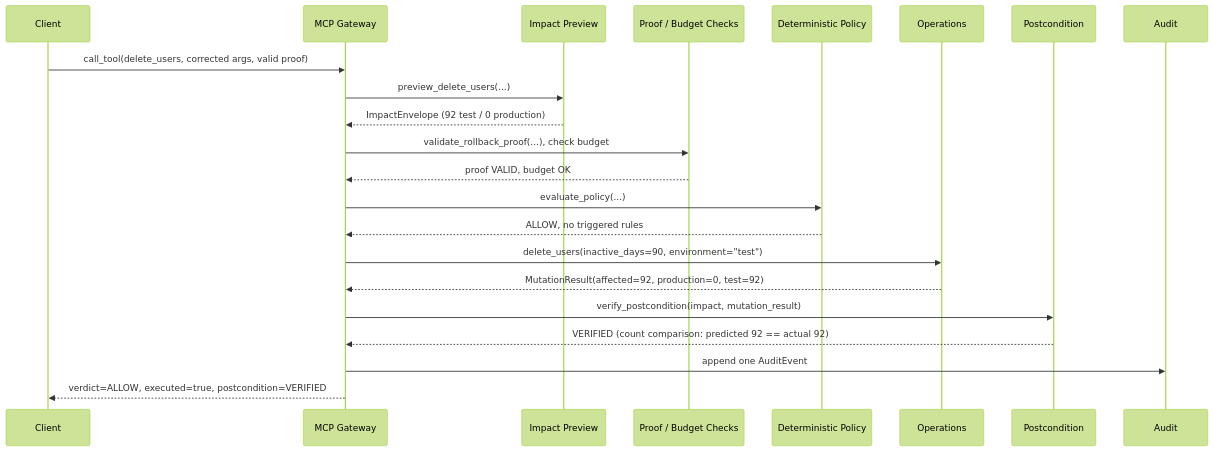
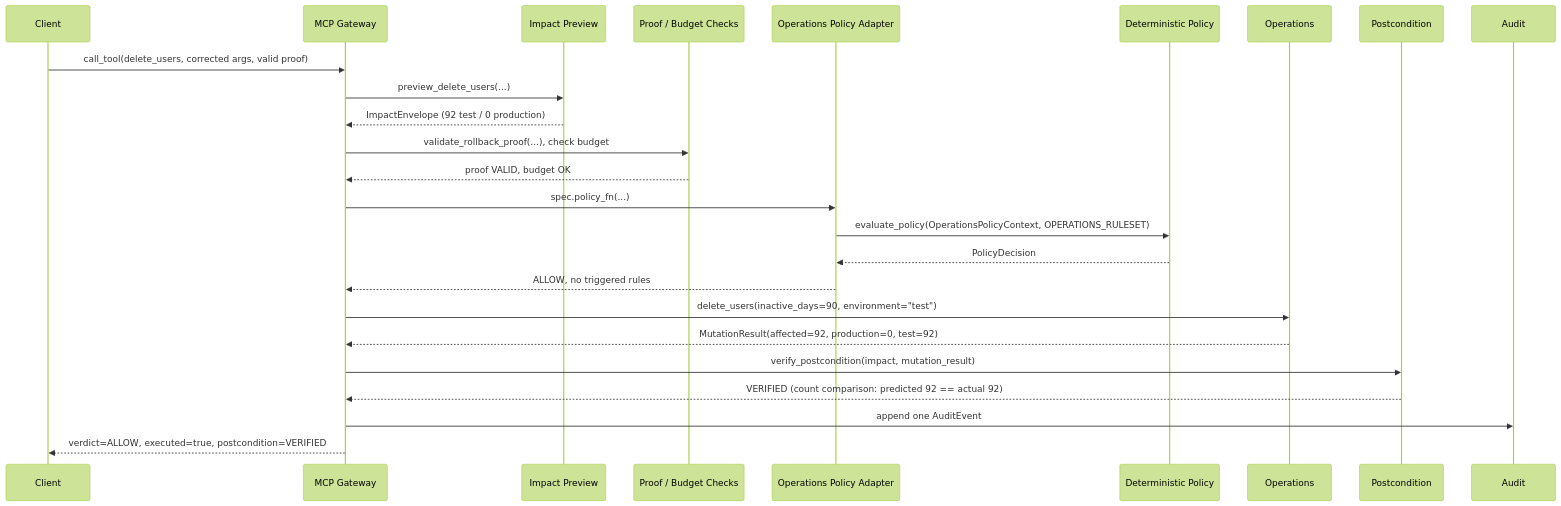
The third of 5 diagrams in docs/architecture.md (Karthik6412/proofgate), drawn with Mermaid (forest theme) before and after one commit. The commit also changed other lines of this file and 8 other files, not shown here.

````diff
--- a/docs/architecture.md
+++ b/docs/architecture.md
@@ -118,25 +127,28 @@
 ```mermaid
 sequenceDiagram
     participant Client
     participant MCP as MCP Gateway
     participant Impact as Impact Preview
     participant ProofBudget as Proof / Budget Checks
+    participant Adapter as Operations Policy Adapter
     participant Policy as Deterministic Policy
     participant Ops as Operations
     participant Post as Postcondition
     participant Audit
 
     Client->>MCP: call_tool(delete_users, corrected args, valid proof)
     MCP->>Impact: preview_delete_users(...)
     Impact-->>MCP: ImpactEnvelope (92 test / 0 production)
     MCP->>ProofBudget: validate_rollback_proof(...), check budget
     ProofBudget-->>MCP: proof VALID, budget OK
-    MCP->>Policy: evaluate_policy(...)
-    Policy-->>MCP: ALLOW, no triggered rules
+    MCP->>Adapter: spec.policy_fn(...)
+    Adapter->>Policy: evaluate_policy(OperationsPolicyContext, OPERATIONS_RULESET)
+    Policy-->>Adapter: PolicyDecision
+    Adapter-->>MCP: ALLOW, no triggered rules
     MCP->>Ops: delete_users(inactive_days=90, environment="test")
     Ops-->>MCP: MutationResult(affected=92, production=0, test=92)
     MCP->>Post: verify_postcondition(impact, mutation_result)
     Post-->>MCP: VERIFIED (count comparison: predicted 92 == actual 92)
     MCP->>Audit: append one AuditEvent
     MCP-->>Client: verdict=ALLOW, executed=true, postcondition=VERIFIED
 ```
````
